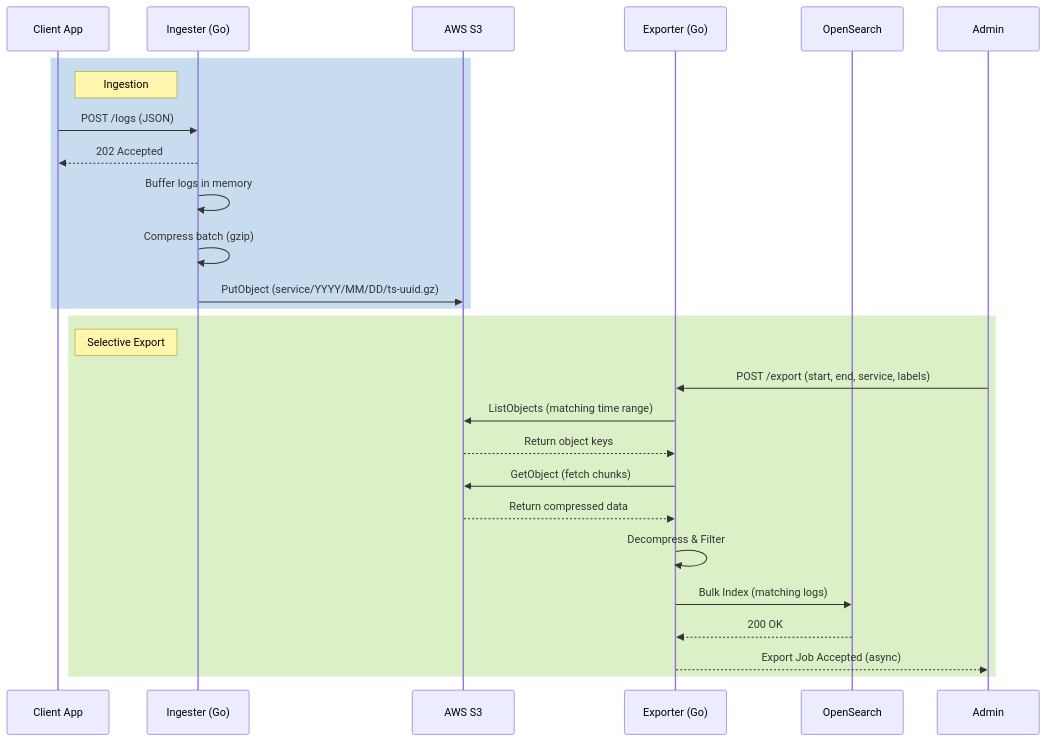
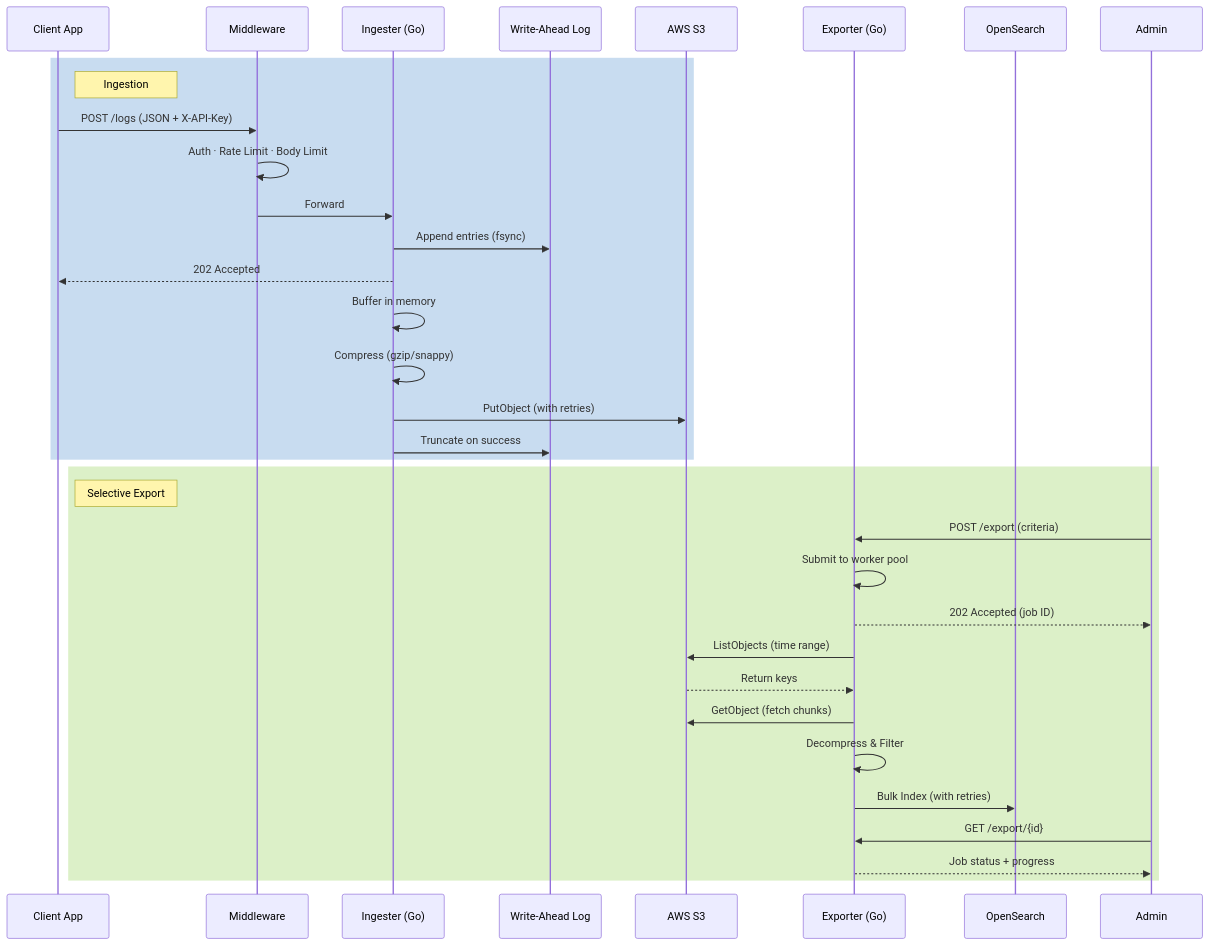
Before and after one commit to jshure/lokilike: the second of 2 diagrams in README.md, drawn with Mermaid. The commit also changed other lines of this file and 17 other files, not shown here.

````diff
--- a/README.md
+++ b/README.md
@@ -37,30 +46,37 @@
 ```mermaid
 sequenceDiagram
     participant App as Client App
+    participant MW as Middleware
     participant Ingester as Ingester (Go)
+    participant WAL as Write-Ahead Log
     participant S3 as AWS S3
     participant Exporter as Exporter (Go)
     participant OS as OpenSearch
 
     rect rgb(200, 220, 240)
     note right of App: Ingestion
-    App->>Ingester: POST /logs (JSON)
+    App->>MW: POST /logs (JSON + X-API-Key)
+    MW->>MW: Auth · Rate Limit · Body Limit
+    MW->>Ingester: Forward
+    Ingester->>WAL: Append entries (fsync)
     Ingester-->>App: 202 Accepted
-    Ingester->>Ingester: Buffer logs in memory
-    Ingester->>Ingester: Compress batch (gzip)
-    Ingester->>S3: PutObject (service/YYYY/MM/DD/ts-uuid.gz)
+    Ingester->>Ingester: Buffer in memory
+    Ingester->>Ingester: Compress (gzip/snappy)
+    Ingester->>S3: PutObject (with retries)
+    Ingester->>WAL: Truncate on success
     end
 
     rect rgb(220, 240, 200)
     note right of App: Selective Export
-    Admin->>Exporter: POST /export (start, end, service, labels)
-    Exporter->>S3: ListObjects (matching time range)
-    S3-->>Exporter: Return object keys
+    Admin->>Exporter: POST /export (criteria)
+    Exporter->>Exporter: Submit to worker pool
+    Exporter-->>Admin: 202 Accepted (job ID)
+    Exporter->>S3: ListObjects (time range)
+    S3-->>Exporter: Return keys
     Exporter->>S3: GetObject (fetch chunks)
-    S3-->>Exporter: Return compressed data
     Exporter->>Exporter: Decompress & Filter
-    Exporter->>OS: Bulk Index (matching logs)
-    OS-->>Exporter: 200 OK
-    Exporter-->>Admin: Export Job Accepted (async)
+    Exporter->>OS: Bulk Index (with retries)
+    Admin->>Exporter: GET /export/{id}
+    Exporter-->>Admin: Job status + progress
     end
 ```
````
